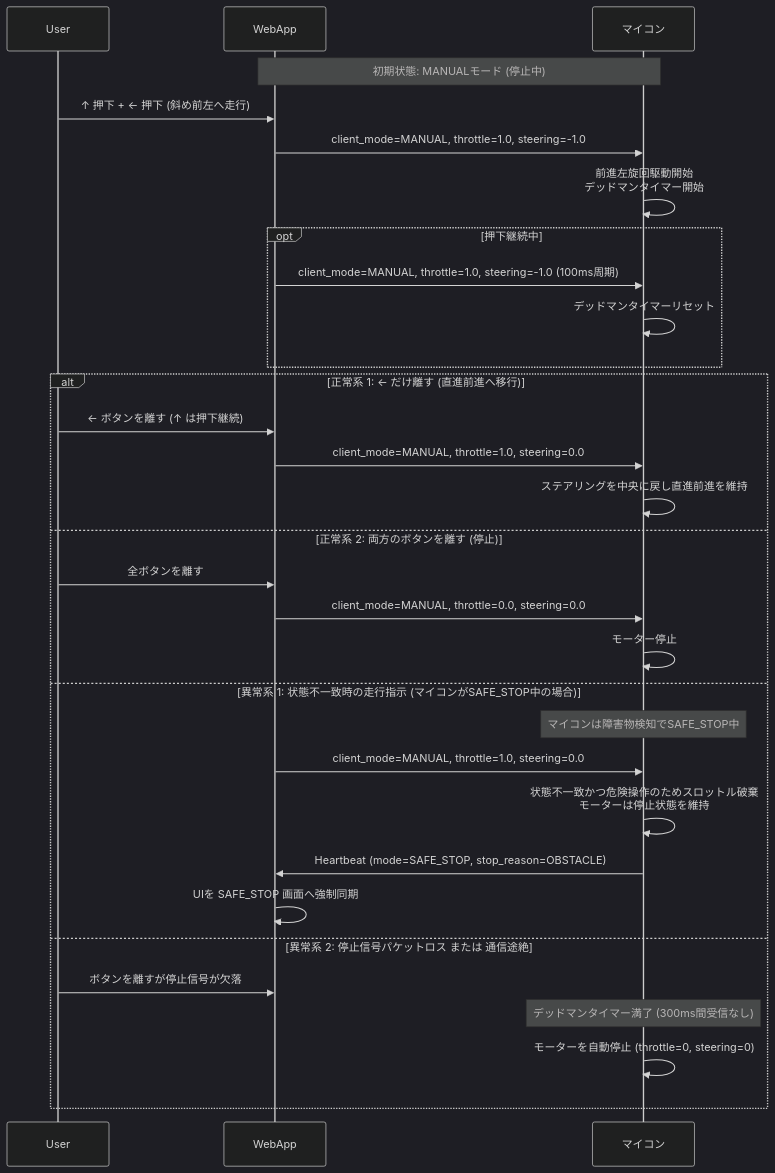
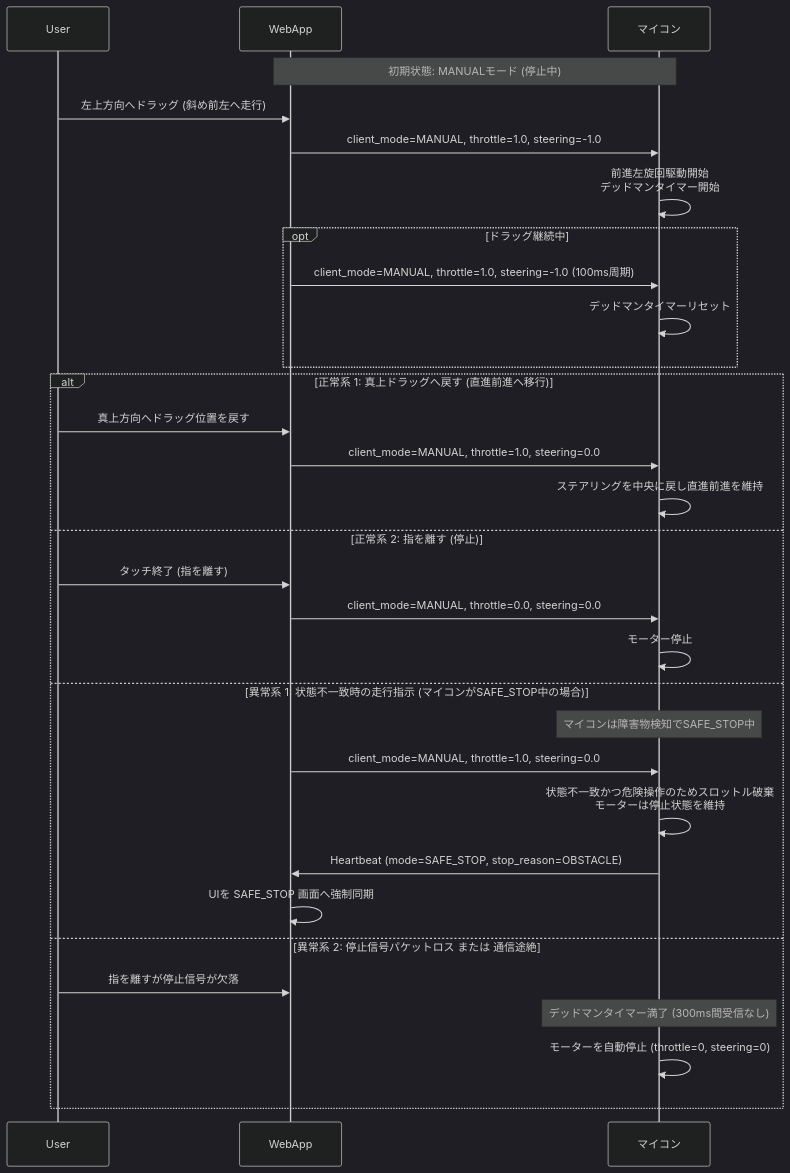
Before and after one commit to tut-cc/mini-4wd-webapp: the third of 7 diagrams in docs/sequences.md, drawn with Mermaid (dark theme). The commit also changed other lines of this file and 8 other files, not shown here.

````diff
--- a/docs/sequences.md
+++ b/docs/sequences.md
@@ -81,40 +81,40 @@
 ```mermaid
 sequenceDiagram
     participant U as User
     participant W as WebApp
     participant M as マイコン
 
     Note over W, M: 初期状態: MANUALモード (停止中)
 
-    U->>W: ↑ 押下 + ← 押下 (斜め前左へ走行)
+    U->>W: 左上方向へドラッグ (斜め前左へ走行)
     W->>M: client_mode=MANUAL, throttle=1.0, steering=-1.0
     M->>M: 前進左旋回駆動開始<br/>デッドマンタイマー開始
 
-    opt 押下継続中
+    opt ドラッグ継続中
         W->>M: client_mode=MANUAL, throttle=1.0, steering=-1.0 (100ms周期)
         M->>M: デッドマンタイマーリセット
     end
 
-    alt 正常系 1: ← だけ離す (直進前進へ移行)
-        U->>W: ← ボタンを離す (↑ は押下継続)
+    alt 正常系 1: 真上ドラッグへ戻す (直進前進へ移行)
+        U->>W: 真上方向へドラッグ位置を戻す
         W->>M: client_mode=MANUAL, throttle=1.0, steering=0.0
         M->>M: ステアリングを中央に戻し直進前進を維持
 
-    else 正常系 2: 両方のボタンを離す (停止)
-        U->>W: 全ボタンを離す
+    else 正常系 2: 指を離す (停止)
+        U->>W: タッチ終了 (指を離す)
         W->>M: client_mode=MANUAL, throttle=0.0, steering=0.0
         M->>M: モーター停止
 
     else 異常系 1: 状態不一致時の走行指示 (マイコンがSAFE_STOP中の場合)
         Note over M: マイコンは障害物検知でSAFE_STOP中
         W->>M: client_mode=MANUAL, throttle=1.0, steering=0.0
         M->>M: 状態不一致かつ危険操作のためスロットル破棄<br/>モーターは停止状態を維持
         M->>W: Heartbeat (mode=SAFE_STOP, stop_reason=OBSTACLE)
         W->>W: UIを SAFE_STOP 画面へ強制同期
 
     else 異常系 2: 停止信号パケットロス または 通信途絶
-        U->>W: ボタンを離すが停止信号が欠落
+        U->>W: 指を離すが停止信号が欠落
         Note over M: デッドマンタイマー満了 (300ms間受信なし)
         M->>M: モーターを自動停止 (throttle=0, steering=0)
     end
 ```
````
